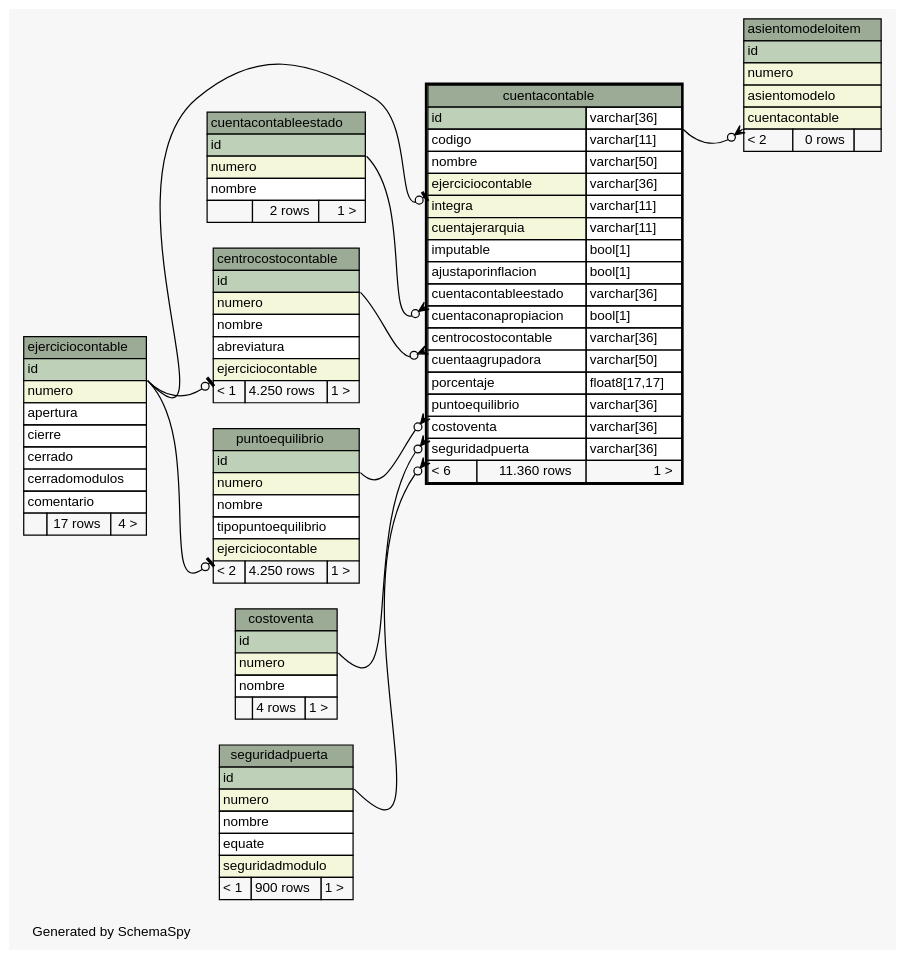
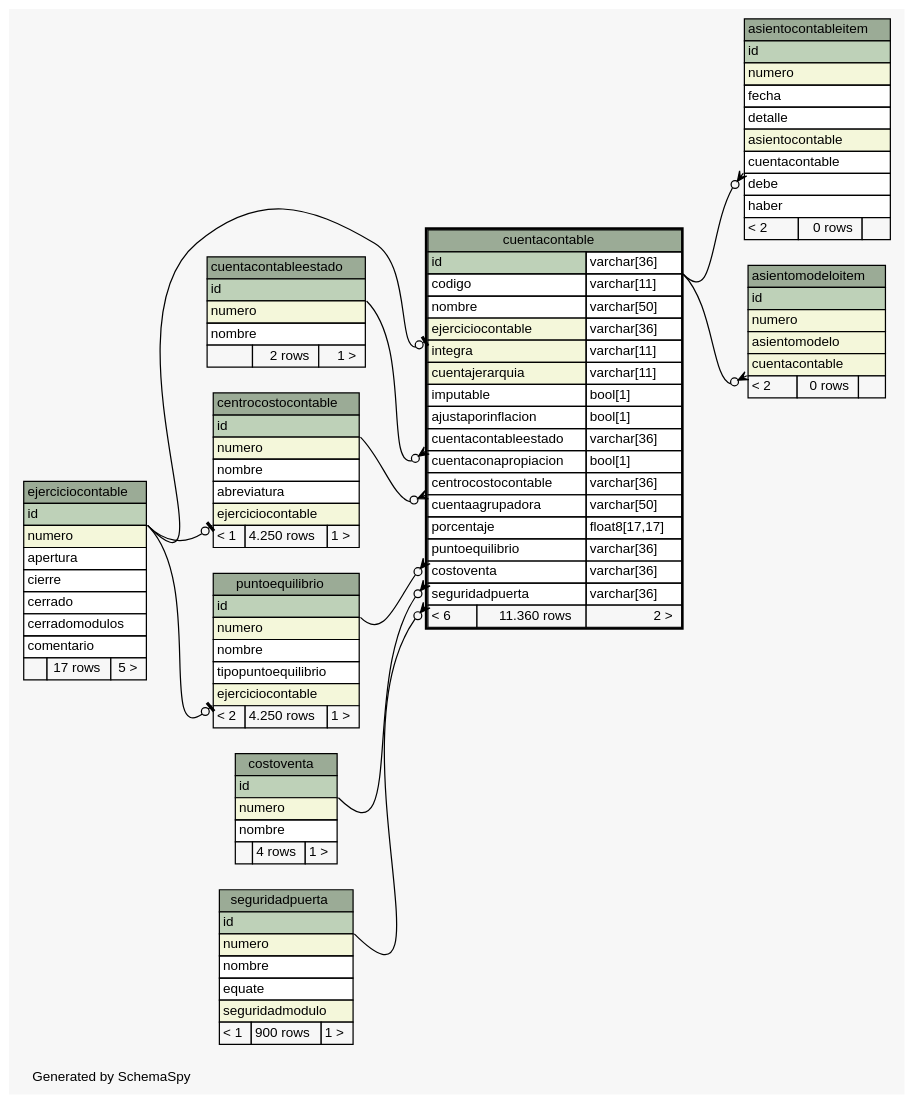
Before and after one commit to diegopablomansilla/ms14: the diagram in files/db/pp/schema/diagrams/cuentacontable.1degree.dot, drawn with Graphviz. The commit also changed 134 other files, not shown here.

```diff
--- a/files/db/pp/schema/diagrams/cuentacontable.1degree.dot
+++ b/files/db/pp/schema/diagrams/cuentacontable.1degree.dot
@@ -1,151 +1,169 @@
 // dot 2.2.1 on Windows 10 10.0
 // SchemaSpy rev 590
 digraph "oneDegreeRelationshipsDiagram" {
   graph [
     rankdir="RL"
     bgcolor="#f7f7f7"
     label="\nGenerated by SchemaSpy"
     labeljust="l"
     nodesep="0.18"
     ranksep="0.46"
     fontname="Helvetica"
     fontsize="11"
   ];
   node [
     fontname="Helvetica"
     fontsize="11"
     shape="plaintext"
   ];
   edge [
     arrowsize="0.8"
   ];
+  "asientocontableitem":"cuentacontable":sw -> "cuentacontable":"id.type":se [arrowhead=none dir=back arrowtail=crowodot];
   "asientomodeloitem":"cuentacontable":sw -> "cuentacontable":"id.type":se [arrowhead=none dir=back arrowtail=crowodot];
   "centrocostocontable":"ejerciciocontable":sw -> "ejerciciocontable":"id":se [arrowhead=none dir=back arrowtail=teeodot];
   "cuentacontable":"centrocostocontable":sw -> "centrocostocontable":"id":se [arrowhead=none dir=back arrowtail=crowodot];
   "cuentacontable":"costoventa":sw -> "costoventa":"id":se [arrowhead=none dir=back arrowtail=crowodot];
   "cuentacontable":"cuentacontableestado":sw -> "cuentacontableestado":"id":se [arrowhead=none dir=back arrowtail=crowodot];
   "cuentacontable":"ejerciciocontable":sw -> "ejerciciocontable":"id":se [arrowhead=none dir=back arrowtail=teeodot];
   "cuentacontable":"puntoequilibrio":sw -> "puntoequilibrio":"id":se [arrowhead=none dir=back arrowtail=crowodot];
   "cuentacontable":"seguridadpuerta":sw -> "seguridadpuerta":"id":se [arrowhead=none dir=back arrowtail=crowodot];
   "puntoequilibrio":"ejerciciocontable":sw -> "ejerciciocontable":"id":se [arrowhead=none dir=back arrowtail=teeodot];
+  "asientocontableitem" [
+    label=<
+    <TABLE BORDER="0" CELLBORDER="1" CELLSPACING="0" BGCOLOR="#ffffff">
+      <TR><TD COLSPAN="3" BGCOLOR="#9bab96" ALIGN="CENTER">asientocontableitem</TD></TR>
+      <TR><TD PORT="id" COLSPAN="3" BGCOLOR="#bed1b8" ALIGN="LEFT">id</TD></TR>
+      <TR><TD PORT="numero" COLSPAN="3" BGCOLOR="#f4f7da" ALIGN="LEFT">numero</TD></TR>
+      <TR><TD PORT="fecha" COLSPAN="3" ALIGN="LEFT">fecha</TD></TR>
+      <TR><TD PORT="detalle" COLSPAN="3" ALIGN="LEFT">detalle</TD></TR>
+      <TR><TD PORT="asientocontable" COLSPAN="3" BGCOLOR="#f4f7da" ALIGN="LEFT">asientocontable</TD></TR>
+      <TR><TD PORT="cuentacontable" COLSPAN="3" ALIGN="LEFT">cuentacontable</TD></TR>
+      <TR><TD PORT="debe" COLSPAN="3" ALIGN="LEFT">debe</TD></TR>
+      <TR><TD PORT="haber" COLSPAN="3" ALIGN="LEFT">haber</TD></TR>
+      <TR><TD ALIGN="LEFT" BGCOLOR="#f7f7f7">&lt; 2</TD><TD ALIGN="RIGHT" BGCOLOR="#f7f7f7">0 rows</TD><TD ALIGN="RIGHT" BGCOLOR="#f7f7f7">  </TD></TR>
+    </TABLE>>
+    URL="asientocontableitem.html"
+    tooltip="asientocontableitem"
+  ];
   "asientomodeloitem" [
     label=<
     <TABLE BORDER="0" CELLBORDER="1" CELLSPACING="0" BGCOLOR="#ffffff">
       <TR><TD COLSPAN="3" BGCOLOR="#9bab96" ALIGN="CENTER">asientomodeloitem</TD></TR>
       <TR><TD PORT="id" COLSPAN="3" BGCOLOR="#bed1b8" ALIGN="LEFT">id</TD></TR>
       <TR><TD PORT="numero" COLSPAN="3" BGCOLOR="#f4f7da" ALIGN="LEFT">numero</TD></TR>
       <TR><TD PORT="asientomodelo" COLSPAN="3" BGCOLOR="#f4f7da" ALIGN="LEFT">asientomodelo</TD></TR>
       <TR><TD PORT="cuentacontable" COLSPAN="3" BGCOLOR="#f4f7da" ALIGN="LEFT">cuentacontable</TD></TR>
       <TR><TD ALIGN="LEFT" BGCOLOR="#f7f7f7">&lt; 2</TD><TD ALIGN="RIGHT" BGCOLOR="#f7f7f7">0 rows</TD><TD ALIGN="RIGHT" BGCOLOR="#f7f7f7">  </TD></TR>
     </TABLE>>
     URL="asientomodeloitem.html"
     tooltip="asientomodeloitem"
   ];
   "centrocostocontable" [
     label=<
     <TABLE BORDER="0" CELLBORDER="1" CELLSPACING="0" BGCOLOR="#ffffff">
       <TR><TD COLSPAN="3" BGCOLOR="#9bab96" ALIGN="CENTER">centrocostocontable</TD></TR>
       <TR><TD PORT="id" COLSPAN="3" BGCOLOR="#bed1b8" ALIGN="LEFT">id</TD></TR>
       <TR><TD PORT="numero" COLSPAN="3" BGCOLOR="#f4f7da" ALIGN="LEFT">numero</TD></TR>
       <TR><TD PORT="nombre" COLSPAN="3" ALIGN="LEFT">nombre</TD></TR>
       <TR><TD PORT="abreviatura" COLSPAN="3" ALIGN="LEFT">abreviatura</TD></TR>
       <TR><TD PORT="ejerciciocontable" COLSPAN="3" BGCOLOR="#f4f7da" ALIGN="LEFT">ejerciciocontable</TD></TR>
       <TR><TD ALIGN="LEFT" BGCOLOR="#f7f7f7">&lt; 1</TD><TD ALIGN="RIGHT" BGCOLOR="#f7f7f7">4.250 rows</TD><TD ALIGN="RIGHT" BGCOLOR="#f7f7f7">1 &gt;</TD></TR>
     </TABLE>>
     URL="centrocostocontable.html"
     tooltip="centrocostocontable"
   ];
   "costoventa" [
     label=<
     <TABLE BORDER="0" CELLBORDER="1" CELLSPACING="0" BGCOLOR="#ffffff">
       <TR><TD COLSPAN="3" BGCOLOR="#9bab96" ALIGN="CENTER">costoventa</TD></TR>
       <TR><TD PORT="id" COLSPAN="3" BGCOLOR="#bed1b8" ALIGN="LEFT">id</TD></TR>
       <TR><TD PORT="numero" COLSPAN="3" BGCOLOR="#f4f7da" ALIGN="LEFT">numero</TD></TR>
       <TR><TD PORT="nombre" COLSPAN="3" ALIGN="LEFT">nombre</TD></TR>
       <TR><TD ALIGN="LEFT" BGCOLOR="#f7f7f7">  </TD><TD ALIGN="RIGHT" BGCOLOR="#f7f7f7">4 rows</TD><TD ALIGN="RIGHT" BGCOLOR="#f7f7f7">1 &gt;</TD></TR>
     </TABLE>>
     URL="costoventa.html"
     tooltip="costoventa"
   ];
   "cuentacontable" [
     label=<
     <TABLE BORDER="2" CELLBORDER="1" CELLSPACING="0" BGCOLOR="#ffffff">
       <TR><TD COLSPAN="3" BGCOLOR="#9bab96" ALIGN="CENTER">cuentacontable</TD></TR>
       <TR><TD PORT="id" COLSPAN="2" BGCOLOR="#bed1b8" ALIGN="LEFT">id</TD><TD PORT="id.type" ALIGN="LEFT">varchar[36]</TD></TR>
       <TR><TD PORT="codigo" COLSPAN="2" ALIGN="LEFT">codigo</TD><TD PORT="codigo.type" ALIGN="LEFT">varchar[11]</TD></TR>
       <TR><TD PORT="nombre" COLSPAN="2" ALIGN="LEFT">nombre</TD><TD PORT="nombre.type" ALIGN="LEFT">varchar[50]</TD></TR>
       <TR><TD PORT="ejerciciocontable" COLSPAN="2" BGCOLOR="#f4f7da" ALIGN="LEFT">ejerciciocontable</TD><TD PORT="ejerciciocontable.type" ALIGN="LEFT">varchar[36]</TD></TR>
       <TR><TD PORT="integra" COLSPAN="2" BGCOLOR="#f4f7da" ALIGN="LEFT">integra</TD><TD PORT="integra.type" ALIGN="LEFT">varchar[11]</TD></TR>
       <TR><TD PORT="cuentajerarquia" COLSPAN="2" BGCOLOR="#f4f7da" ALIGN="LEFT">cuentajerarquia</TD><TD PORT="cuentajerarquia.type" ALIGN="LEFT">varchar[11]</TD></TR>
       <TR><TD PORT="imputable" COLSPAN="2" ALIGN="LEFT">imputable</TD><TD PORT="imputable.type" ALIGN="LEFT">bool[1]</TD></TR>
       <TR><TD PORT="ajustaporinflacion" COLSPAN="2" ALIGN="LEFT">ajustaporinflacion</TD><TD PORT="ajustaporinflacion.type" ALIGN="LEFT">bool[1]</TD></TR>
       <TR><TD PORT="cuentacontableestado" COLSPAN="2" ALIGN="LEFT">cuentacontableestado</TD><TD PORT="cuentacontableestado.type" ALIGN="LEFT">varchar[36]</TD></TR>
       <TR><TD PORT="cuentaconapropiacion" COLSPAN="2" ALIGN="LEFT">cuentaconapropiacion</TD><TD PORT="cuentaconapropiacion.type" ALIGN="LEFT">bool[1]</TD></TR>
       <TR><TD PORT="centrocostocontable" COLSPAN="2" ALIGN="LEFT">centrocostocontable</TD><TD PORT="centrocostocontable.type" ALIGN="LEFT">varchar[36]</TD></TR>
       <TR><TD PORT="cuentaagrupadora" COLSPAN="2" ALIGN="LEFT">cuentaagrupadora</TD><TD PORT="cuentaagrupadora.type" ALIGN="LEFT">varchar[50]</TD></TR>
       <TR><TD PORT="porcentaje" COLSPAN="2" ALIGN="LEFT">porcentaje</TD><TD PORT="porcentaje.type" ALIGN="LEFT">float8[17,17]</TD></TR>
       <TR><TD PORT="puntoequilibrio" COLSPAN="2" ALIGN="LEFT">puntoequilibrio</TD><TD PORT="puntoequilibrio.type" ALIGN="LEFT">varchar[36]</TD></TR>
       <TR><TD PORT="costoventa" COLSPAN="2" ALIGN="LEFT">costoventa</TD><TD PORT="costoventa.type" ALIGN="LEFT">varchar[36]</TD></TR>
       <TR><TD PORT="seguridadpuerta" COLSPAN="2" ALIGN="LEFT">seguridadpuerta</TD><TD PORT="seguridadpuerta.type" ALIGN="LEFT">varchar[36]</TD></TR>
-      <TR><TD ALIGN="LEFT" BGCOLOR="#f7f7f7">&lt; 6</TD><TD ALIGN="RIGHT" BGCOLOR="#f7f7f7">11.360 rows</TD><TD ALIGN="RIGHT" BGCOLOR="#f7f7f7">1 &gt;</TD></TR>
+      <TR><TD ALIGN="LEFT" BGCOLOR="#f7f7f7">&lt; 6</TD><TD ALIGN="RIGHT" BGCOLOR="#f7f7f7">11.360 rows</TD><TD ALIGN="RIGHT" BGCOLOR="#f7f7f7">2 &gt;</TD></TR>
     </TABLE>>
     URL="cuentacontable.html"
     tooltip="cuentacontable"
   ];
   "cuentacontableestado" [
     label=<
     <TABLE BORDER="0" CELLBORDER="1" CELLSPACING="0" BGCOLOR="#ffffff">
       <TR><TD COLSPAN="3" BGCOLOR="#9bab96" ALIGN="CENTER">cuentacontableestado</TD></TR>
       <TR><TD PORT="id" COLSPAN="3" BGCOLOR="#bed1b8" ALIGN="LEFT">id</TD></TR>
       <TR><TD PORT="numero" COLSPAN="3" BGCOLOR="#f4f7da" ALIGN="LEFT">numero</TD></TR>
       <TR><TD PORT="nombre" COLSPAN="3" ALIGN="LEFT">nombre</TD></TR>
       <TR><TD ALIGN="LEFT" BGCOLOR="#f7f7f7">  </TD><TD ALIGN="RIGHT" BGCOLOR="#f7f7f7">2 rows</TD><TD ALIGN="RIGHT" BGCOLOR="#f7f7f7">1 &gt;</TD></TR>
     </TABLE>>
     URL="cuentacontableestado.html"
     tooltip="cuentacontableestado"
   ];
   "ejerciciocontable" [
     label=<
     <TABLE BORDER="0" CELLBORDER="1" CELLSPACING="0" BGCOLOR="#ffffff">
       <TR><TD COLSPAN="3" BGCOLOR="#9bab96" ALIGN="CENTER">ejerciciocontable</TD></TR>
       <TR><TD PORT="id" COLSPAN="3" BGCOLOR="#bed1b8" ALIGN="LEFT">id</TD></TR>
       <TR><TD PORT="numero" COLSPAN="3" BGCOLOR="#f4f7da" ALIGN="LEFT">numero</TD></TR>
       <TR><TD PORT="apertura" COLSPAN="3" ALIGN="LEFT">apertura</TD></TR>
       <TR><TD PORT="cierre" COLSPAN="3" ALIGN="LEFT">cierre</TD></TR>
       <TR><TD PORT="cerrado" COLSPAN="3" ALIGN="LEFT">cerrado</TD></TR>
       <TR><TD PORT="cerradomodulos" COLSPAN="3" ALIGN="LEFT">cerradomodulos</TD></TR>
       <TR><TD PORT="comentario" COLSPAN="3" ALIGN="LEFT">comentario</TD></TR>
-      <TR><TD ALIGN="LEFT" BGCOLOR="#f7f7f7">  </TD><TD ALIGN="RIGHT" BGCOLOR="#f7f7f7">17 rows</TD><TD ALIGN="RIGHT" BGCOLOR="#f7f7f7">4 &gt;</TD></TR>
+      <TR><TD ALIGN="LEFT" BGCOLOR="#f7f7f7">  </TD><TD ALIGN="RIGHT" BGCOLOR="#f7f7f7">17 rows</TD><TD ALIGN="RIGHT" BGCOLOR="#f7f7f7">5 &gt;</TD></TR>
     </TABLE>>
     URL="ejerciciocontable.html"
     tooltip="ejerciciocontable"
   ];
   "puntoequilibrio" [
     label=<
     <TABLE BORDER="0" CELLBORDER="1" CELLSPACING="0" BGCOLOR="#ffffff">
       <TR><TD COLSPAN="3" BGCOLOR="#9bab96" ALIGN="CENTER">puntoequilibrio</TD></TR>
       <TR><TD PORT="id" COLSPAN="3" BGCOLOR="#bed1b8" ALIGN="LEFT">id</TD></TR>
       <TR><TD PORT="numero" COLSPAN="3" BGCOLOR="#f4f7da" ALIGN="LEFT">numero</TD></TR>
       <TR><TD PORT="nombre" COLSPAN="3" ALIGN="LEFT">nombre</TD></TR>
       <TR><TD PORT="tipopuntoequilibrio" COLSPAN="3" ALIGN="LEFT">tipopuntoequilibrio</TD></TR>
       <TR><TD PORT="ejerciciocontable" COLSPAN="3" BGCOLOR="#f4f7da" ALIGN="LEFT">ejerciciocontable</TD></TR>
       <TR><TD ALIGN="LEFT" BGCOLOR="#f7f7f7">&lt; 2</TD><TD ALIGN="RIGHT" BGCOLOR="#f7f7f7">4.250 rows</TD><TD ALIGN="RIGHT" BGCOLOR="#f7f7f7">1 &gt;</TD></TR>
     </TABLE>>
     URL="puntoequilibrio.html"
     tooltip="puntoequilibrio"
   ];
   "seguridadpuerta" [
     label=<
     <TABLE BORDER="0" CELLBORDER="1" CELLSPACING="0" BGCOLOR="#ffffff">
       <TR><TD COLSPAN="3" BGCOLOR="#9bab96" ALIGN="CENTER">seguridadpuerta</TD></TR>
       <TR><TD PORT="id" COLSPAN="3" BGCOLOR="#bed1b8" ALIGN="LEFT">id</TD></TR>
       <TR><TD PORT="numero" COLSPAN="3" BGCOLOR="#f4f7da" ALIGN="LEFT">numero</TD></TR>
       <TR><TD PORT="nombre" COLSPAN="3" ALIGN="LEFT">nombre</TD></TR>
       <TR><TD PORT="equate" COLSPAN="3" ALIGN="LEFT">equate</TD></TR>
       <TR><TD PORT="seguridadmodulo" COLSPAN="3" BGCOLOR="#f4f7da" ALIGN="LEFT">seguridadmodulo</TD></TR>
       <TR><TD ALIGN="LEFT" BGCOLOR="#f7f7f7">&lt; 1</TD><TD ALIGN="RIGHT" BGCOLOR="#f7f7f7">900 rows</TD><TD ALIGN="RIGHT" BGCOLOR="#f7f7f7">1 &gt;</TD></TR>
     </TABLE>>
     URL="seguridadpuerta.html"
     tooltip="seguridadpuerta"
   ];
 }
```
